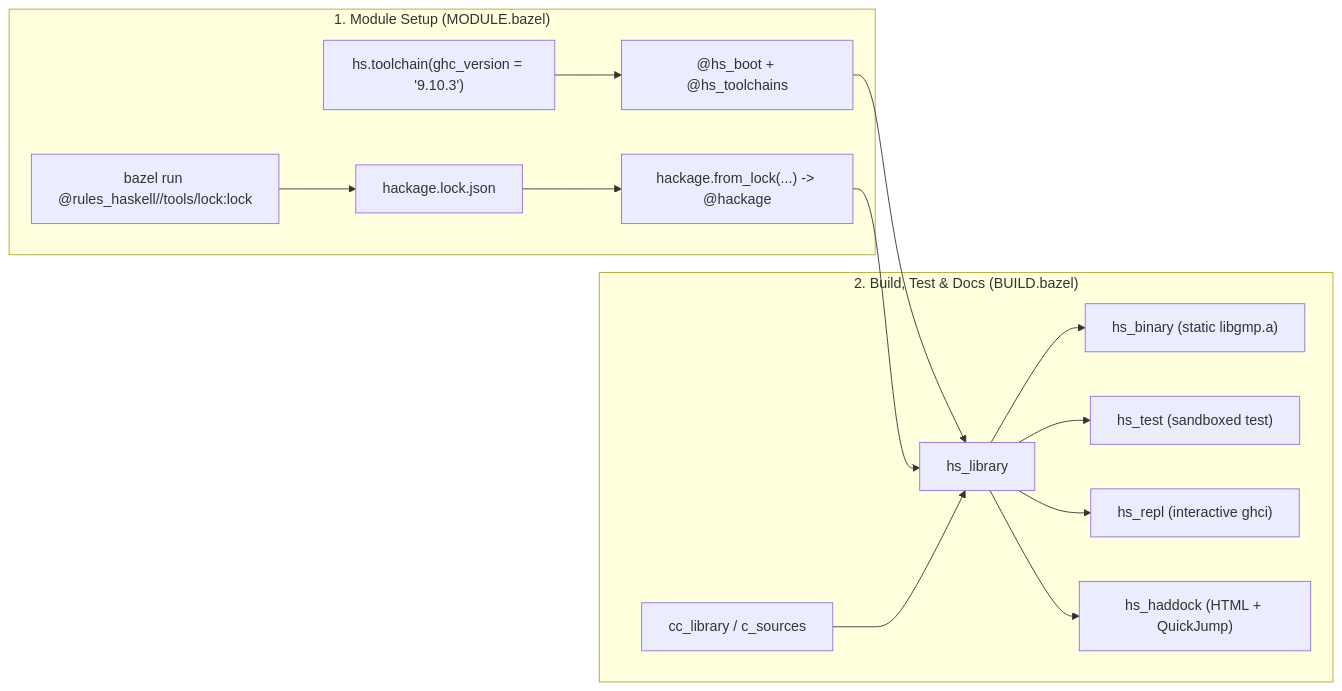
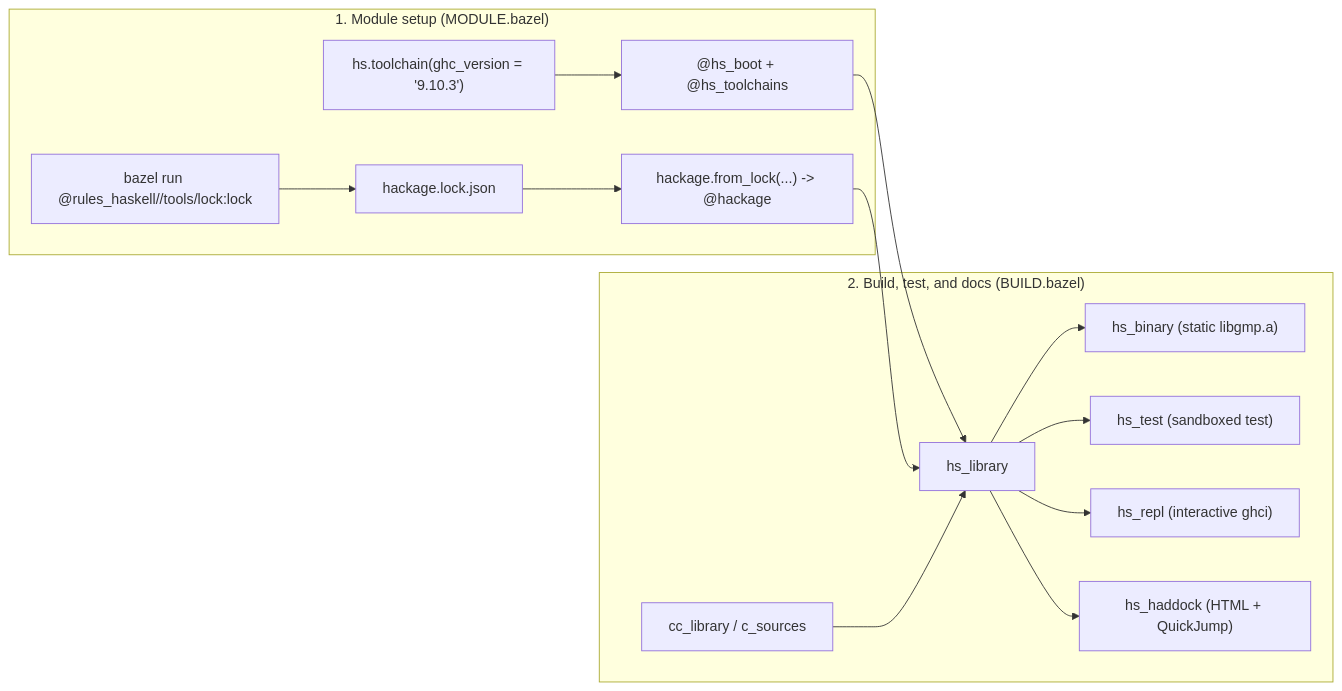
The diagram in docs/content/index.md (kaycebasques/hs), drawn with Mermaid before and after one commit. The commit also changed other lines of this file and 33 other files, not shown here.

````diff
--- a/docs/content/index.md
+++ b/docs/content/index.md
@@ -74,18 +76,18 @@
 ```mermaid
 flowchart LR
-    subgraph Setup["1. Module Setup (MODULE.bazel)"]
+    subgraph Setup["1. Module setup (MODULE.bazel)"]
         TC["hs.toolchain(ghc_version = '9.10.3')"] --> BOOT["@hs_boot + @hs_toolchains"]
         LOCKCLI["bazel run @rules_haskell//tools/lock:lock"] --> LOCKJSON["hackage.lock.json"]
         LOCKJSON --> HACK["hackage.from_lock(...) -> @hackage"]
     end
 
-    subgraph Build["2. Build, Test & Docs (BUILD.bazel)"]
+    subgraph Build["2. Build, test, and docs (BUILD.bazel)"]
         BOOT --> LIB["hs_library"]
         HACK --> LIB
         CC["cc_library / c_sources"] --> LIB
         LIB --> BIN["hs_binary (static libgmp.a)"]
         LIB --> TEST["hs_test (sandboxed test)"]
         LIB --> REPL["hs_repl (interactive ghci)"]
         LIB --> DOC["hs_haddock (HTML + QuickJump)"]
     end
 ```
````
